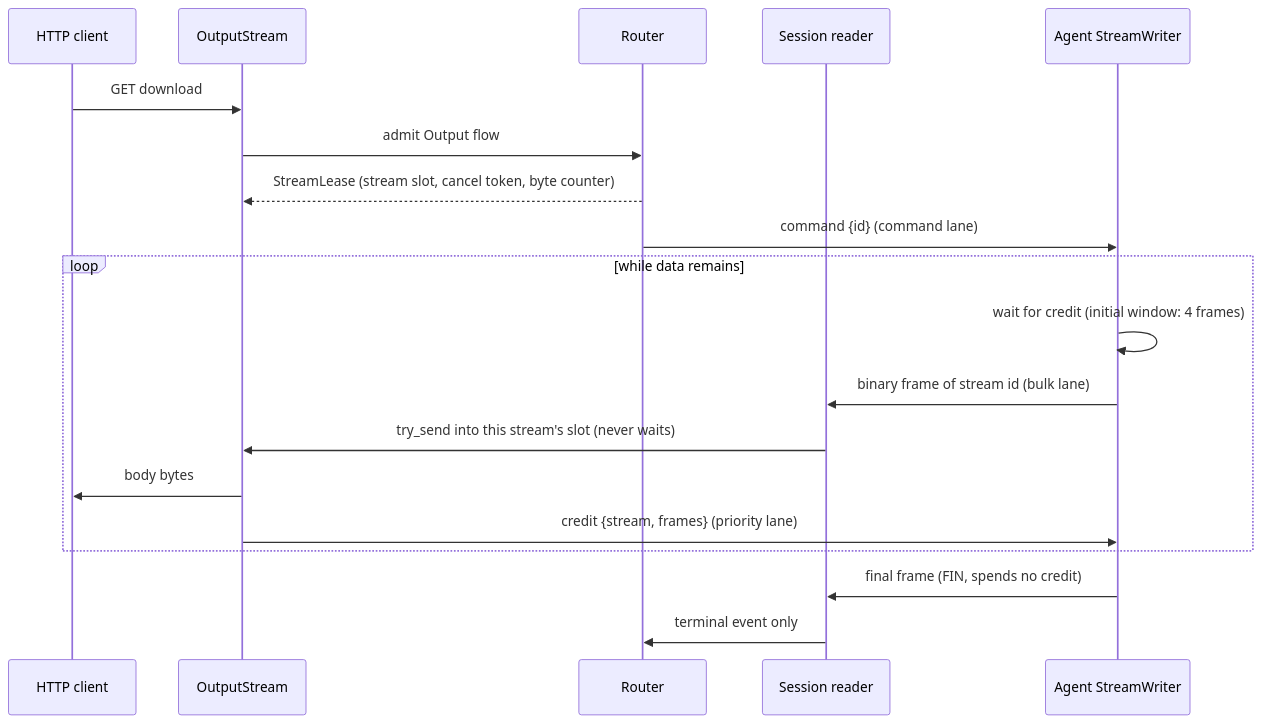
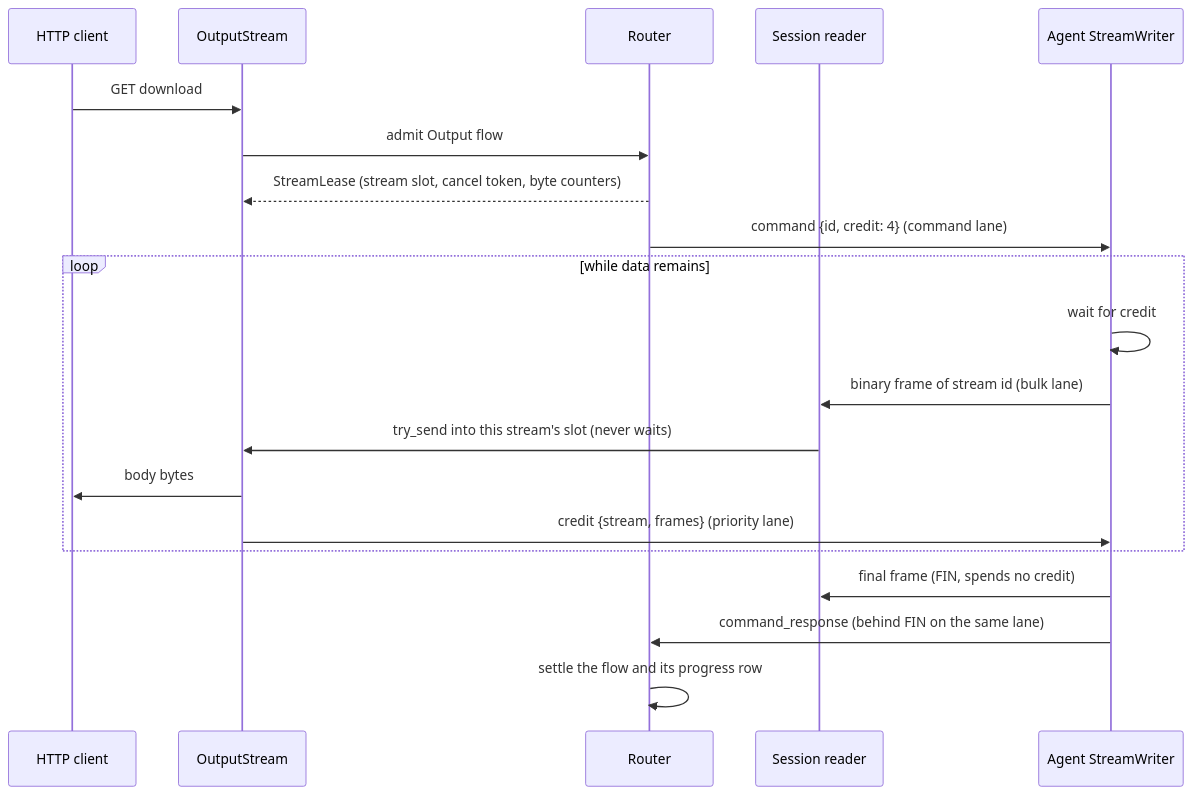
One commit to FruitieX/redoor changed the seventh of 10 diagrams in ARCHITECTURE.md. Above: the diagram before and after it, drawn with Mermaid. The commit also changed other lines of this file, not shown here.

````diff
--- a/ARCHITECTURE.md
+++ b/ARCHITECTURE.md
@@ -400,22 +439,23 @@
 ```mermaid
 sequenceDiagram
     participant C as HTTP client
     participant O as OutputStream
     participant R as Router
     participant T as Session reader
     participant A as Agent StreamWriter
 
     C->>O: GET download
     O->>R: admit Output flow
-    R-->>O: StreamLease (stream slot, cancel token, byte counter)
-    R->>A: command {id} (command lane)
+    R-->>O: StreamLease (stream slot, cancel token, byte counters)
+    R->>A: command {id, credit: 4} (command lane)
     loop while data remains
-        A->>A: wait for credit (initial window: 4 frames)
+        A->>A: wait for credit
         A->>T: binary frame of stream id (bulk lane)
         T->>O: try_send into this stream's slot (never waits)
         O->>C: body bytes
         O->>A: credit {stream, frames} (priority lane)
     end
     A->>T: final frame (FIN, spends no credit)
-    T->>R: terminal event only
+    A->>R: command_response (behind FIN on the same lane)
+    R->>R: settle the flow and its progress row
 ```
````
